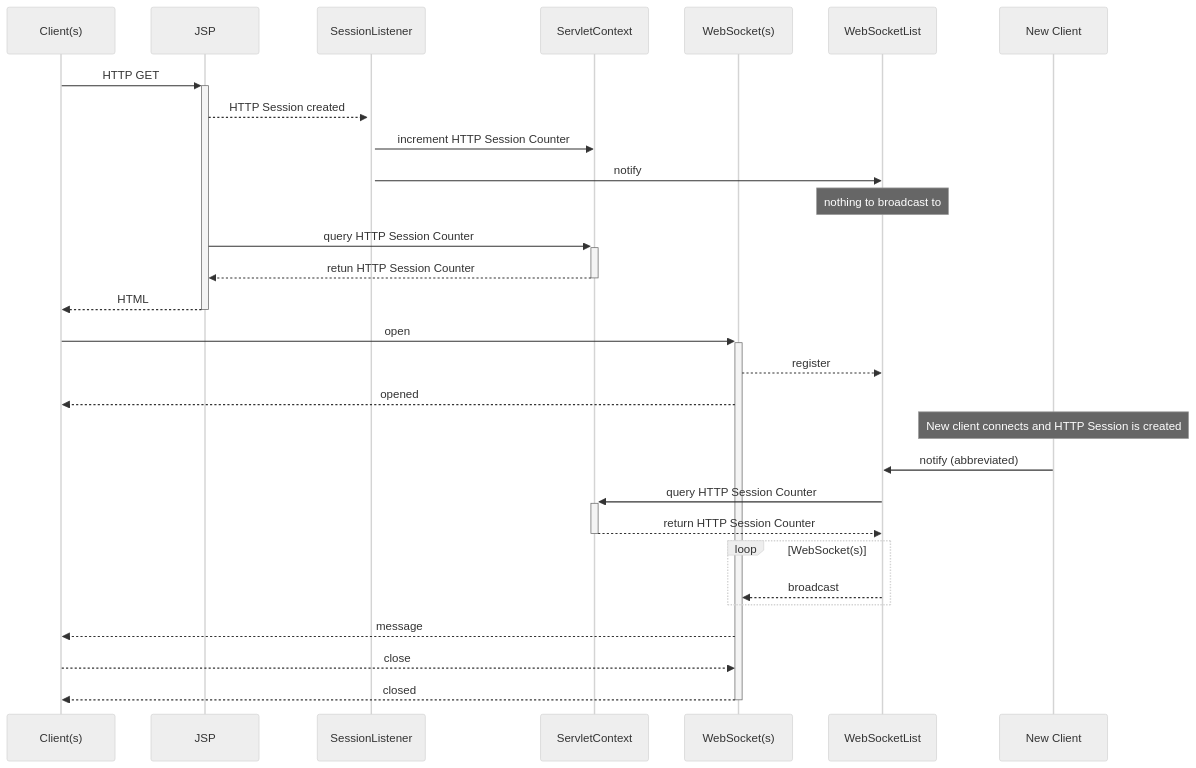
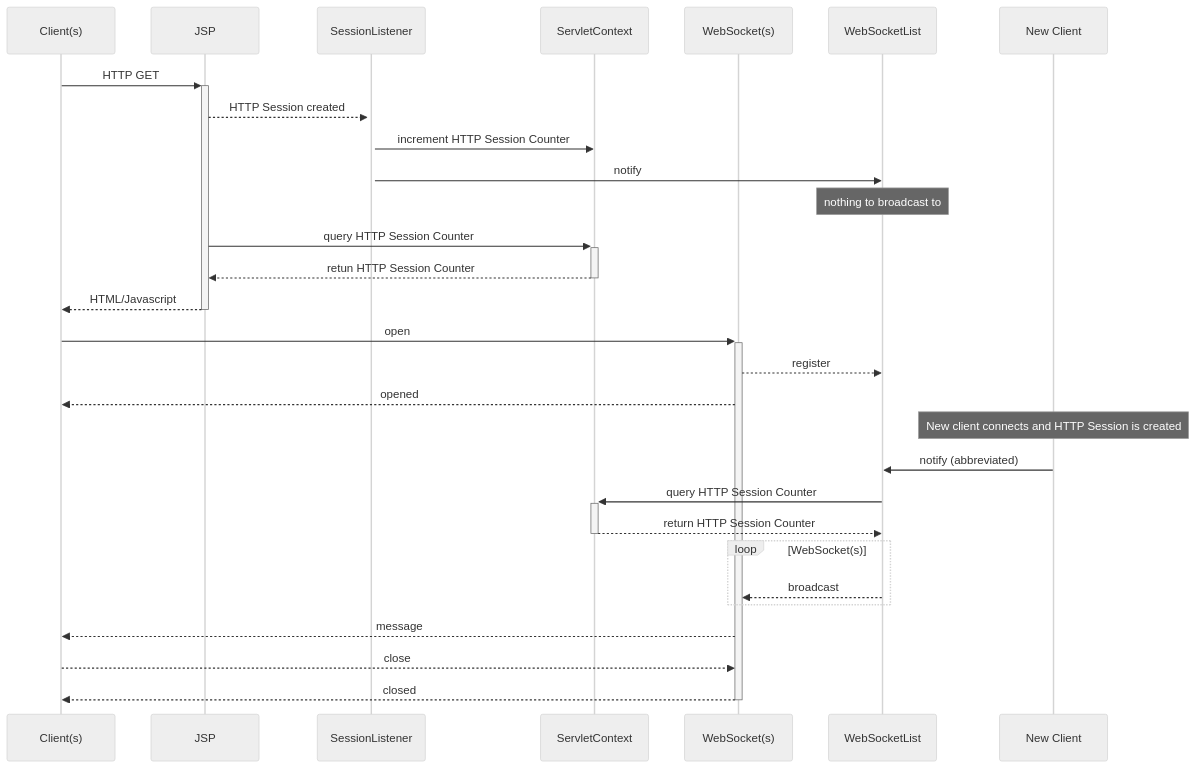
One commit to athenaeum-brew/making-of changed the second of 2 diagrams in slides/23.md. Above: the diagram before and after it, drawn with Mermaid (neutral theme). The commit also changed other lines of this file and 3 other files, not shown here.

```diff
--- a/slides/23.md
+++ b/slides/23.md
@@ -661,36 +661,36 @@
 <pre class="mermaid">
 
 sequenceDiagram
 
     participant Client as Client(s)
     participant JSP
     participant SessionListener
     participant ServletContext
     participant WebSocket as WebSocket(s)
     participant WebSocketList
     participant Client2 as New Client
 
-    Client ->>+JSP: HTTP GET
+    Client->>+JSP: HTTP GET
     JSP-->>+SessionListener: HTTP Session created
     SessionListener->> ServletContext: increment HTTP Session Counter
     SessionListener->> WebSocketList: notify
     Note over WebSocketList,WebSocketList: nothing to broadcast to
     JSP->>+ServletContext: query HTTP Session Counter
     ServletContext-->>-JSP: retun HTTP Session Counter
-    JSP-->>-Client: HTML
+    JSP-->>-Client: HTML/Javascript
     Client ->>+WebSocket: open
     WebSocket -->> WebSocketList: register
     WebSocket-->>Client: opened
     Note over Client2: New client connects and HTTP Session is created
     Client2->>WebSocketList: notify (abbreviated)
     WebSocketList->>+ServletContext: query HTTP Session Counter
     ServletContext-->>-WebSocketList: return HTTP Session Counter
     loop WebSocket(s)
         WebSocketList-->>WebSocket: broadcast
     end
     WebSocket-->>Client: message
     
     Client-->>WebSocket: close
     WebSocket-->>-Client: closed
 
 </pre>
```
